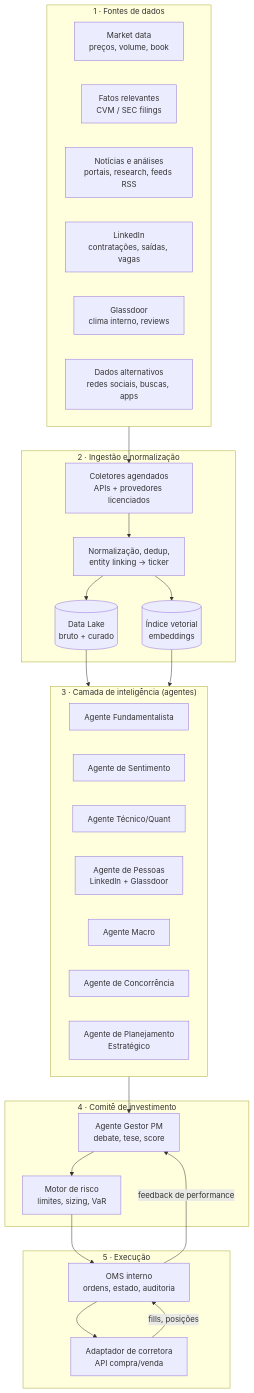
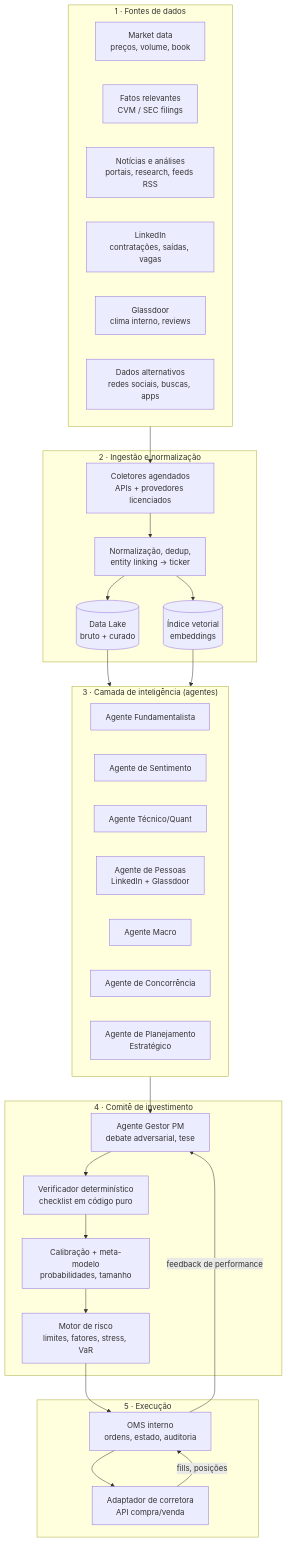
One commit to pegoraroLenzi/autosearch-apk changed the diagram in PROJETO-AI-NATIVE-HEDGE-FUND.md. Above: the diagram before and after it, drawn with Mermaid. The commit also changed other lines of this file and 2 other files, not shown here.

````diff
--- a/PROJETO-AI-NATIVE-HEDGE-FUND.md
+++ b/PROJETO-AI-NATIVE-HEDGE-FUND.md
@@ -46,46 +46,48 @@
 ```mermaid
 flowchart TB
     subgraph FONTES["1 · Fontes de dados"]
         MD[Market data<br/>preços, volume, book]
         FR[Fatos relevantes<br/>CVM / SEC filings]
         NEWS[Notícias e análises<br/>portais, research, feeds RSS]
         LI[LinkedIn<br/>contratações, saídas, vagas]
         GD[Glassdoor<br/>clima interno, reviews]
         ALT[Dados alternativos<br/>redes sociais, buscas, apps]
     end
 
     subgraph INGESTAO["2 · Ingestão e normalização"]
         COL[Coletores agendados<br/>APIs + provedores licenciados]
         NORM[Normalização, dedup,<br/>entity linking → ticker]
         LAKE[(Data Lake<br/>bruto + curado)]
         VEC[(Índice vetorial<br/>embeddings)]
     end
 
     subgraph INTEL["3 · Camada de inteligência (agentes)"]
         A1[Agente Fundamentalista]
         A2[Agente de Sentimento]
         A3[Agente Técnico/Quant]
         A4[Agente de Pessoas<br/>LinkedIn + Glassdoor]
         A5[Agente Macro]
         A6[Agente de Concorrência]
         A7[Agente de Planejamento<br/>Estratégico]
     end
 
     subgraph DECISAO["4 · Comitê de investimento"]
-        PM[Agente Gestor PM<br/>debate, tese, score]
-        RISK[Motor de risco<br/>limites, sizing, VaR]
+        PM[Agente Gestor PM<br/>debate adversarial, tese]
+        VERIF[Verificador determinístico<br/>checklist em código puro]
+        META[Calibração + meta-modelo<br/>probabilidades, tamanho]
+        RISK[Motor de risco<br/>limites, fatores, stress, VaR]
     end
 
     subgraph EXEC["5 · Execução"]
         OMS[OMS interno<br/>ordens, estado, auditoria]
         BROKER[Adaptador de corretora<br/>API compra/venda]
     end
 
     FONTES --> COL --> NORM --> LAKE
     NORM --> VEC
     LAKE --> INTEL
     VEC --> INTEL
-    INTEL --> PM --> RISK --> OMS --> BROKER
+    INTEL --> PM --> VERIF --> META --> RISK --> OMS --> BROKER
     BROKER -->|fills, posições| OMS
     OMS -->|feedback de performance| PM
 ```
````
